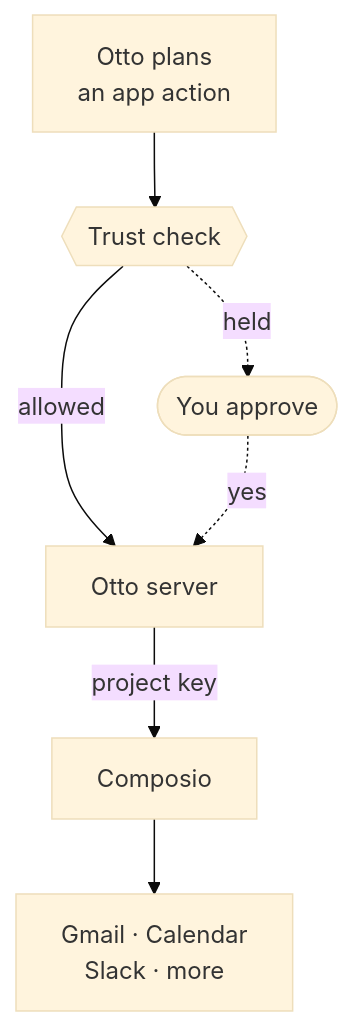
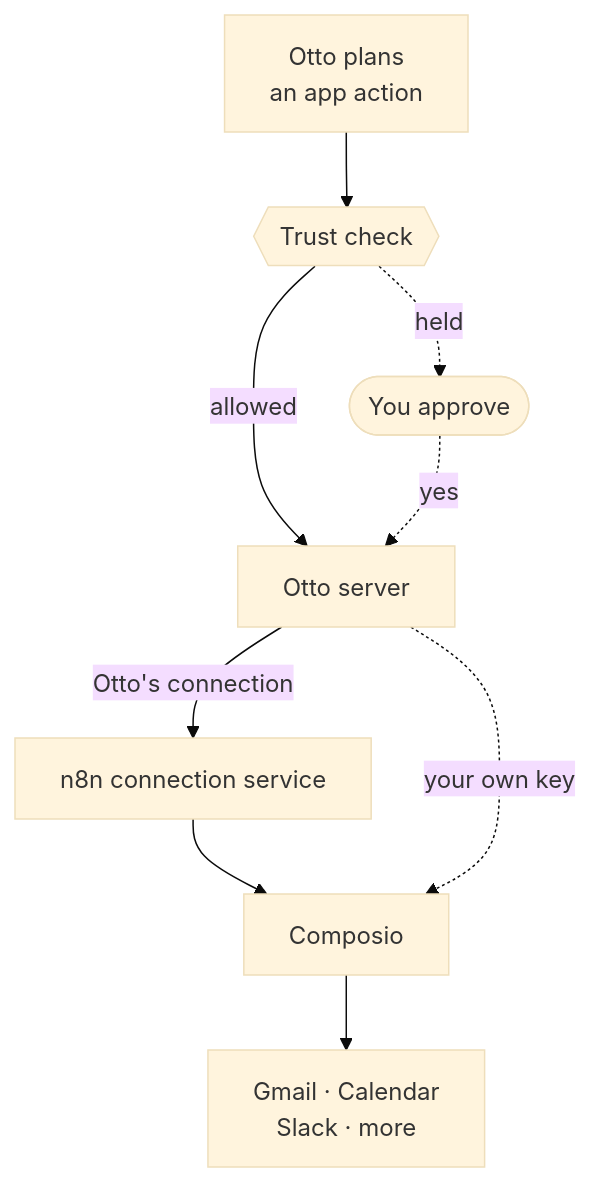
The diagram in docs/src/content/docs/connect/apps.mdx (KrishBhimani/nod), drawn with Mermaid (base theme) before and after one commit. The commit also changed other lines of this file and 104 other files, not shown here.

Commit message:
feat: connect apps with Google sign-in or a Composio key (#204)

````diff
--- a/docs/src/content/docs/connect/apps.mdx
+++ b/docs/src/content/docs/connect/apps.mdx
@@ -14,9 +20,11 @@
 ```mermaid
 flowchart TD
   otto[Otto plans<br/>an app action] --> trust{{Trust check}}:::accent
   trust -- allowed --> server[Otto server]
   trust -. held .-> you([You approve]):::accent
   you -. yes .-> server
-  server -- project key --> composio[Composio]
+  server -- Otto's connection --> connection[n8n connection service]
+  connection --> composio[Composio]
+  server -. your own key .-> composio
   composio --> apps[Gmail · Calendar<br/>Slack · more]
 ```
````
